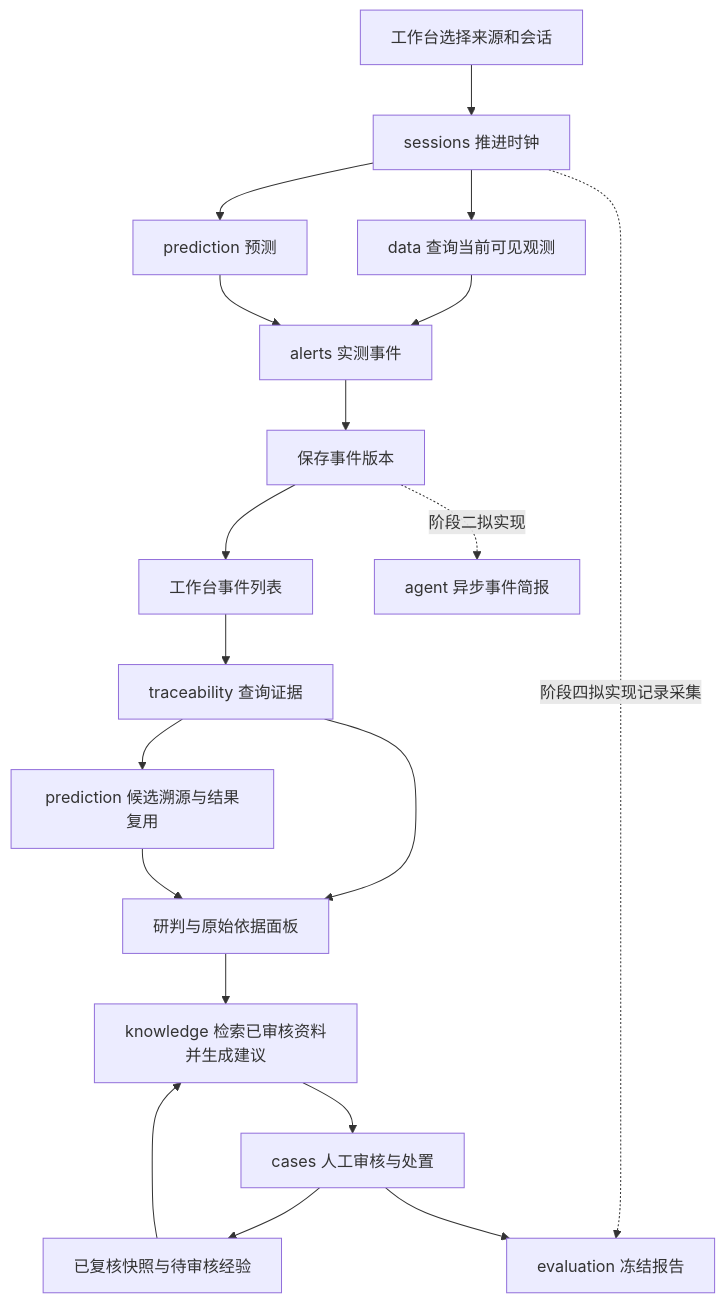
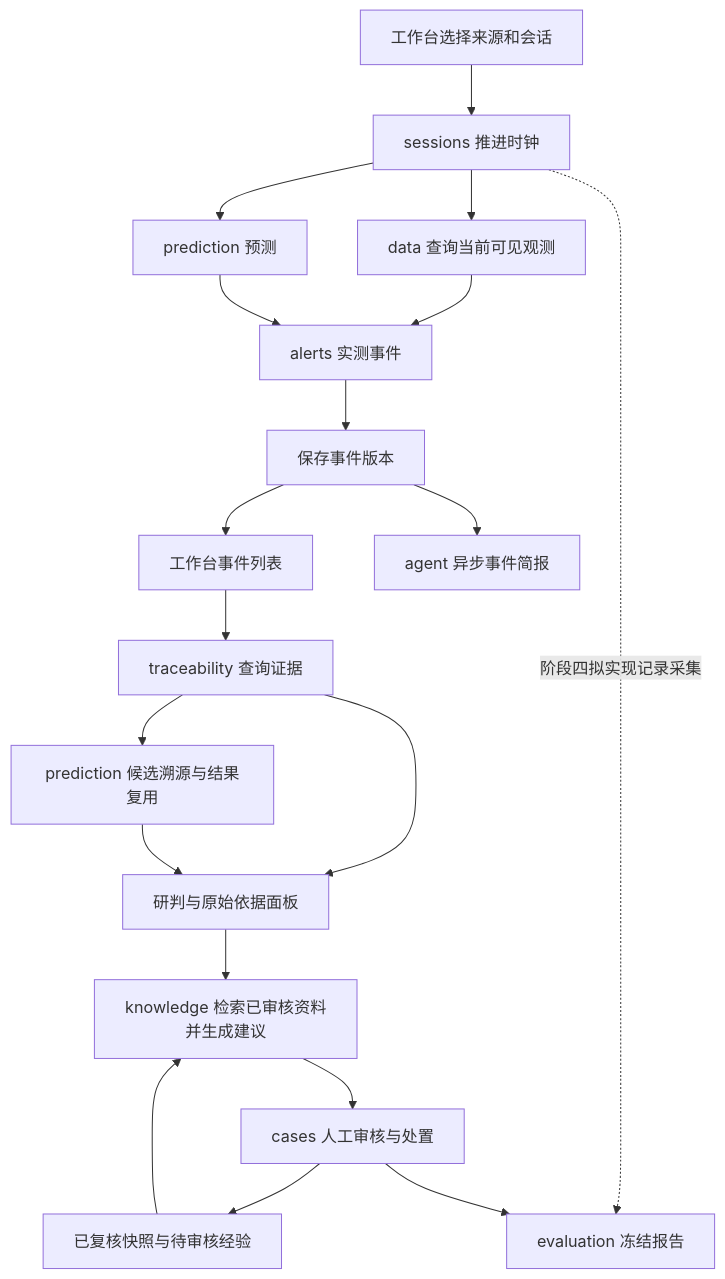
Before and after one commit to jiang0209f/coal-mine-gas-risk-agent: the diagram in docs/module-design-v0.6.md, drawn with Mermaid. The commit also changed other lines of this file and 21 other files, not shown here.

````diff
--- a/docs/module-design-v0.6.md
+++ b/docs/module-design-v0.6.md
@@ -62,21 +62,21 @@
 ```mermaid
 flowchart TD
   UI[工作台选择来源和会话] --> S[sessions 推进时钟]
   S --> D[data 查询当前可见观测]
   S --> P[prediction 预测]
   D --> A[alerts 实测事件]
   P --> A
   A --> EV[保存事件版本]
   EV --> UI2[工作台事件列表]
   UI2 --> T[traceability 查询证据]
   T --> CA[prediction 候选溯源与结果复用]
   T --> PANEL[研判与原始依据面板]
   CA --> PANEL
-  EV -. 阶段二拟实现 .-> G[agent 异步事件简报]
+  EV --> G[agent 异步事件简报]
   PANEL --> K[knowledge 检索已审核资料并生成建议]
   K --> C[cases 人工审核与处置]
   C --> X[已复核快照与待审核经验]
   X --> K
   S -. 阶段四拟实现记录采集 .-> E[evaluation 冻结报告]
   C --> E
 ```
````
